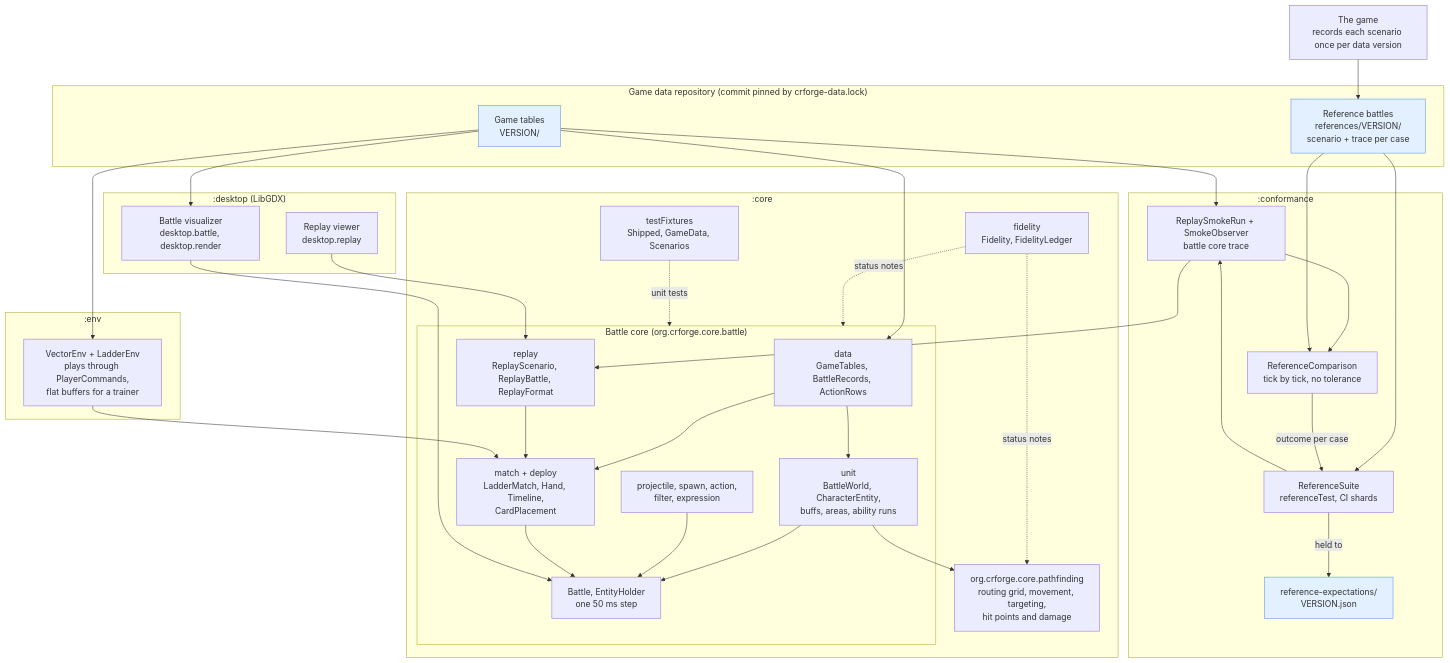
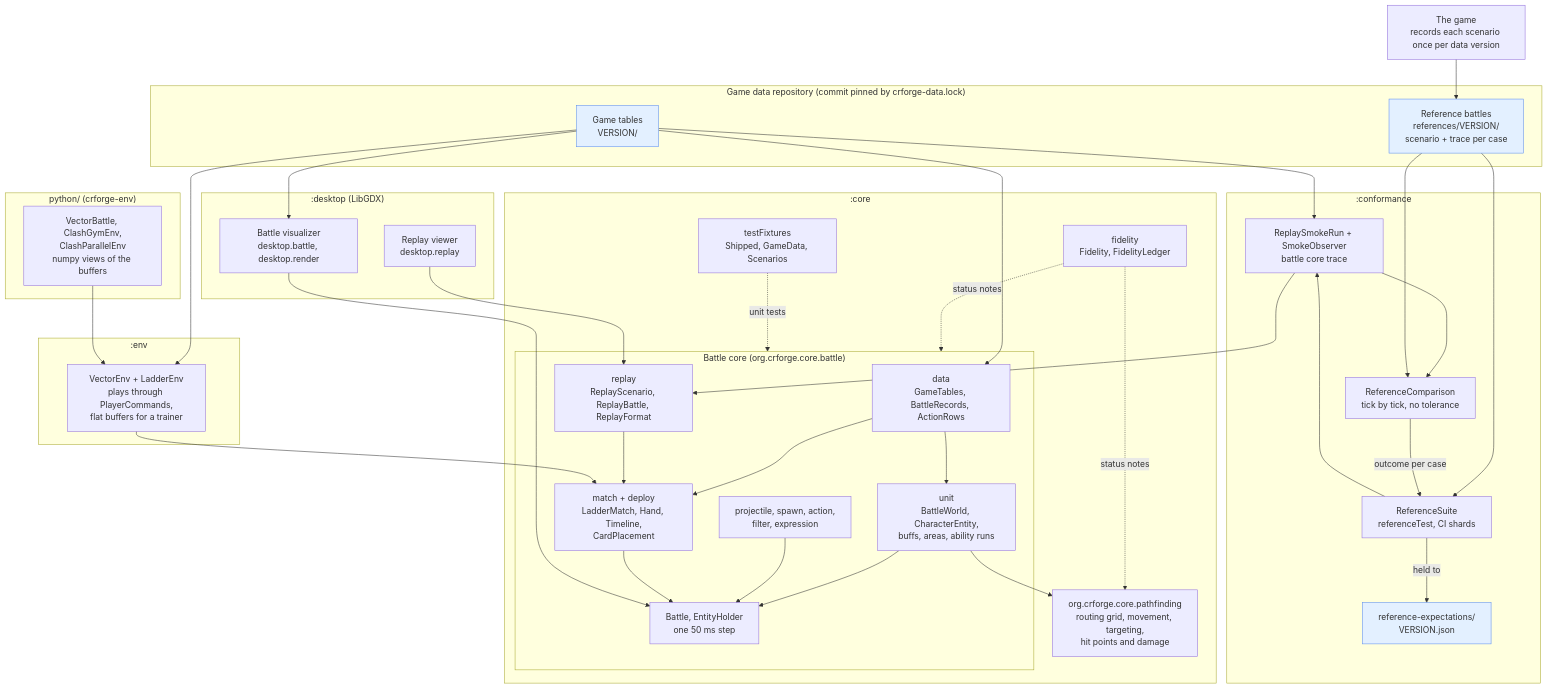
The diagram in docs/architecture.md (voonhous/crforge), drawn with Mermaid before and after one commit. The commit also changed other lines of this file and 20 other files, not shown here.

First line of the commit message:
feat: add the crforge-env Python package over the env module (#678)

````diff
--- a/docs/architecture.md
+++ b/docs/architecture.md
@@ -39,69 +40,74 @@
 ```mermaid
 flowchart TB
   subgraph EXT["Game data repository (commit pinned by crforge-data.lock)"]
     TAB["Game tables<br/>VERSION/"]
     REF["Reference battles<br/>references/VERSION/<br/>scenario + trace per case"]
   end
   GAME["The game<br/>records each scenario once per data version"] --> REF
 
   subgraph CORE[":core"]
     subgraph BC["Battle core (org.crforge.core.battle)"]
       DATA["data<br/>GameTables, BattleRecords, ActionRows"]
       UNIT["unit<br/>BattleWorld, CharacterEntity,<br/>buffs, areas, ability runs"]
       MISC["projectile, spawn, action,<br/>filter, expression"]
       MATCH["match + deploy<br/>LadderMatch, Hand, Timeline,<br/>CardPlacement"]
       BATTLE["Battle, EntityHolder<br/>one 50 ms step"]
       REPLAY["replay<br/>ReplayScenario, ReplayBattle, ReplayFormat"]
     end
     PF["org.crforge.core.pathfinding<br/>routing grid, movement, targeting,<br/>hit points and damage"]
     FID["fidelity<br/>Fidelity, FidelityLedger"]
     FIX["testFixtures<br/>Shipped, GameData, Scenarios"]
   end
 
   subgraph CONF[":conformance"]
     SUITE["ReferenceSuite<br/>referenceTest, CI shards"]
     SMOKE["ReplaySmokeRun + SmokeObserver<br/>battle core trace"]
     CMP["ReferenceComparison<br/>tick by tick, no tolerance"]
     EXP["reference-expectations/<br/>VERSION.json"]
   end
 
   subgraph DESK[":desktop (LibGDX)"]
     VIS["Battle visualizer<br/>desktop.battle, desktop.render"]
     RPV["Replay viewer<br/>desktop.replay"]
   end
 
   subgraph ENVM[":env"]
     VENV["VectorEnv + LadderEnv<br/>plays through PlayerCommands,<br/>flat buffers for a trainer"]
   end
 
+  subgraph PYENV["python/ (crforge-env)"]
+    PYV["VectorBattle, ClashGymEnv,<br/>ClashParallelEnv<br/>numpy views of the buffers"]
+  end
+
   TAB --> DATA
   DATA --> UNIT
   DATA --> MATCH
   UNIT --> BATTLE
   MISC --> BATTLE
   MATCH --> BATTLE
   REPLAY --> MATCH
   UNIT --> PF
   FID -. "status notes" .-> BC
   FID -. "status notes" .-> PF
 
   REF --> SUITE
   TAB --> SMOKE
   SUITE --> SMOKE
   SMOKE --> REPLAY
   SMOKE --> CMP
   REF --> CMP
   CMP -- "outcome per case" --> SUITE
   SUITE -- "held to" --> EXP
 
   TAB --> VIS
   VIS --> BATTLE
   RPV --> REPLAY
   TAB --> VENV
   VENV --> MATCH
+  PYV --> VENV
 
   FIX -. "unit tests" .-> BC
 
   classDef data fill:#e3f0ff,stroke:#5b8def
   class TAB,REF,EXP data
 ```
````
